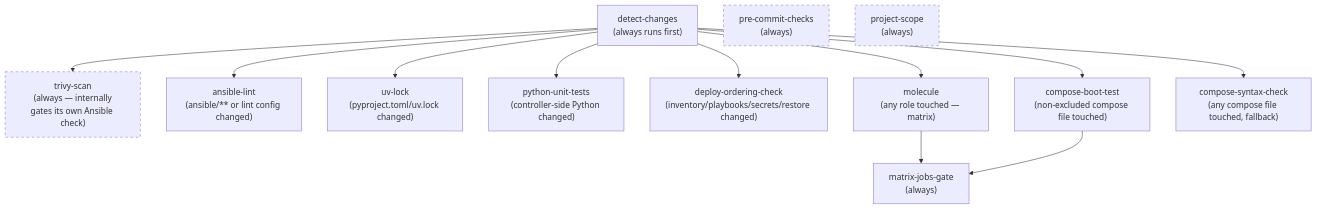
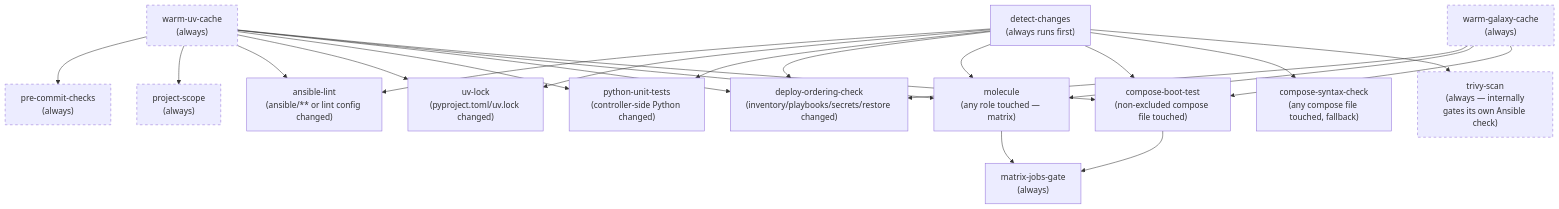
The diagram in docs/ci.md (wenenhoe/homelab), drawn with Mermaid before and after one commit. The commit also changed other lines of this file and 2 other files, not shown here.

Commit message:
refactor: Add single cache writer

````diff
--- a/docs/ci.md
+++ b/docs/ci.md
@@ -80,24 +82,30 @@
 ```mermaid
 flowchart TD
     detect["detect-changes<br/>(always runs first)"]
+    warmuv["warm-uv-cache<br/>(always)"]
+    warmgalaxy["warm-galaxy-cache<br/>(always)"]
     precommit["pre-commit-checks<br/>(always)"]
     scope["project-scope<br/>(always)"]
     trivy["trivy-scan<br/>(always — internally<br/>gates its own Ansible check)"]
     lint["ansible-lint<br/>(ansible/** or lint config changed)"]
     uvlock["uv-lock<br/>(pyproject.toml/uv.lock changed)"]
     pytest["python-unit-tests<br/>(controller-side Python changed)"]
     deployorder["deploy-ordering-check<br/>(inventory/playbooks/secrets/restore changed)"]
     molecule["molecule<br/>(any role touched — matrix)"]
     boottest["compose-boot-test<br/>(non-excluded compose file touched)"]
     synchk["compose-syntax-check<br/>(any compose file touched, fallback)"]
     gate["matrix-jobs-gate<br/>(always)"]
 
     detect --> lint & uvlock & pytest & deployorder & molecule & boottest & synchk
     detect --> trivy
+    warmuv --> precommit & scope & lint & uvlock & pytest & deployorder & molecule & boottest
+    warmgalaxy --> deployorder & molecule & boottest
     molecule --> gate
     boottest --> gate
 
     style precommit stroke-dasharray: 5 5
     style scope stroke-dasharray: 5 5
     style trivy stroke-dasharray: 5 5
+    style warmuv stroke-dasharray: 5 5
+    style warmgalaxy stroke-dasharray: 5 5
 ```
````
